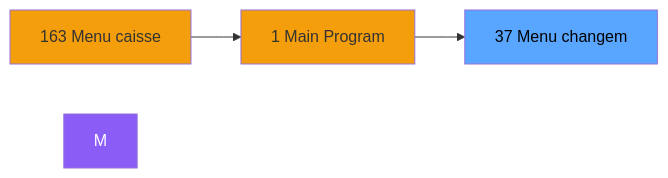
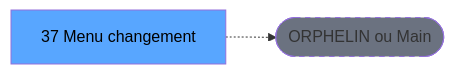
Before and after one commit to thonyAGP/lecteur-magic: the second of 3 diagrams in .openspec/specs/ADH-IDE-37.md, drawn with Mermaid. The commit also changed other lines of this file and 701 other files, not shown here.

````diff
--- a/.openspec/specs/ADH-IDE-37.md
+++ b/.openspec/specs/ADH-IDE-37.md
@@ -114,12 +117,8 @@
 ```mermaid
 graph LR
-    N163[163 Menu caisse ]
-    N1[1 Main Program]
-    T[37 Menu changem]
-    N163 --> N1
-    N1 --> T
-    style M fill:#8b5cf6,color:#fff
-    style N163 fill:#f59e0b
-    style N1 fill:#f59e0b
+    T[37 Menu changement]
+    ORPHAN([ORPHELIN ou Main])
+    T -.-> ORPHAN
     style T fill:#58a6ff,color:#000
+    style ORPHAN fill:#6b7280,stroke-dasharray: 5 5
 ```
````
